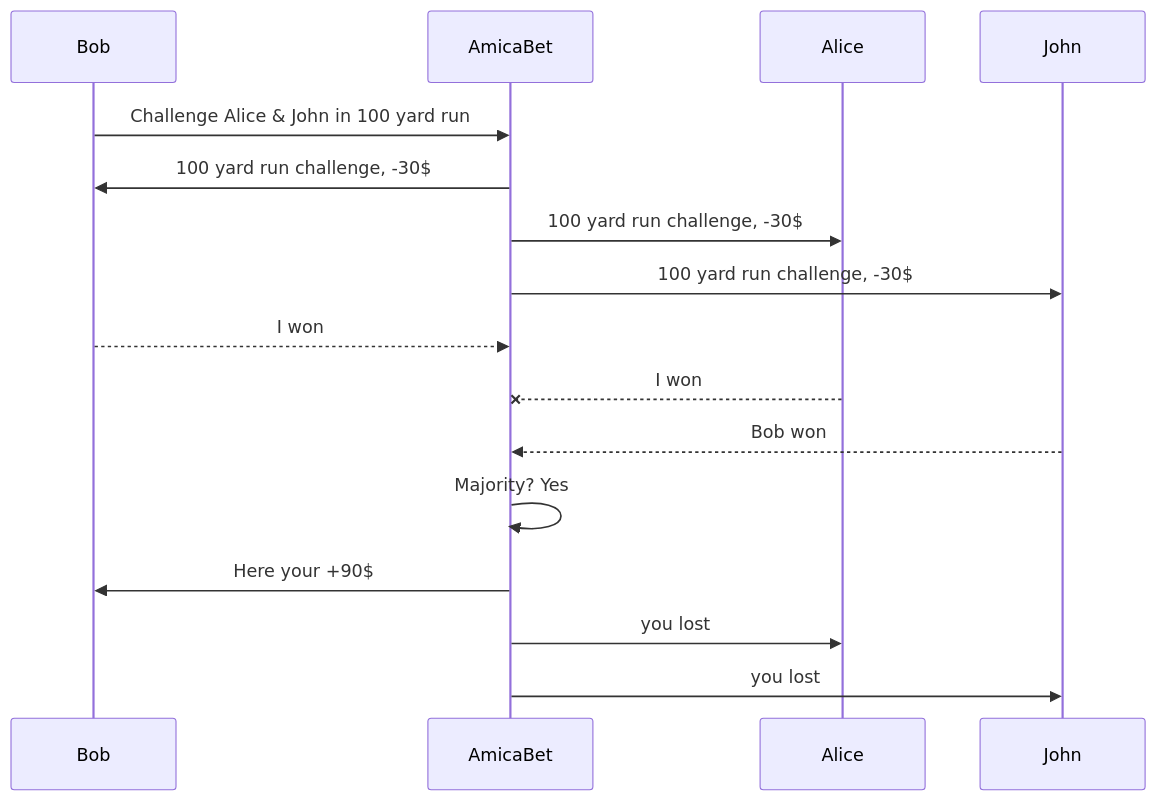
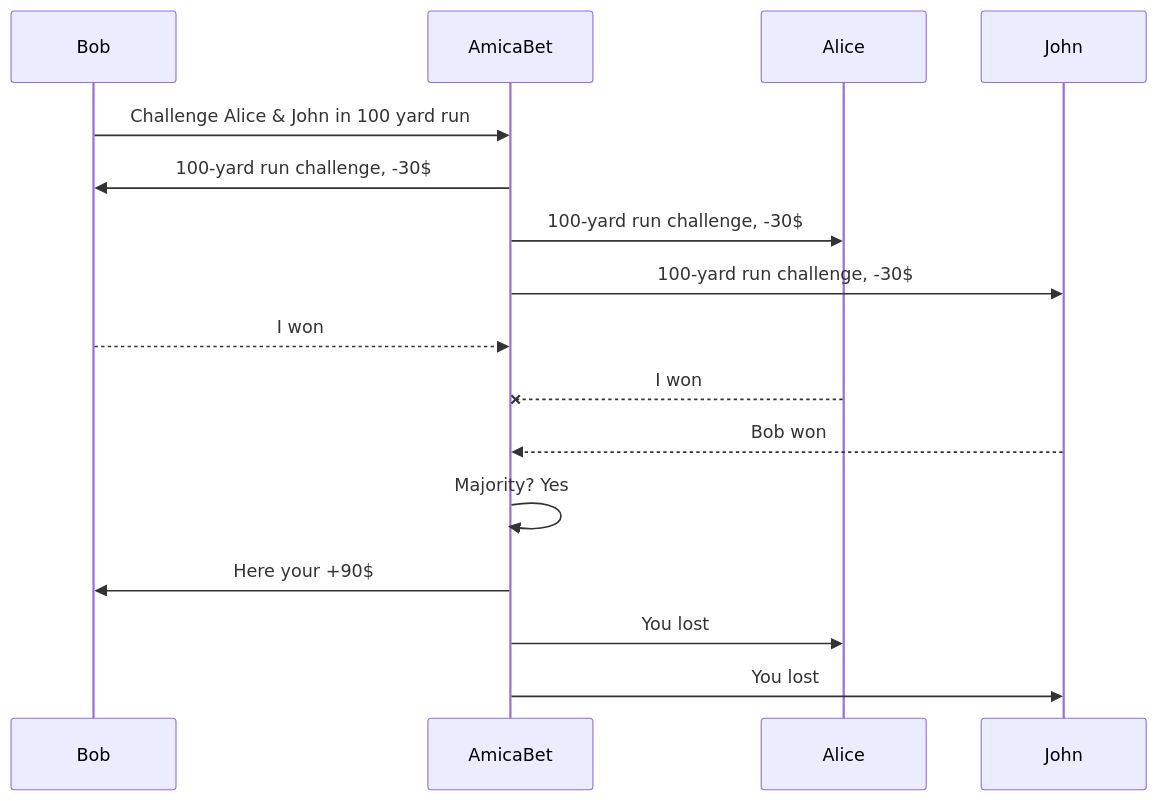
The first of 2 diagrams in README.md (TarasZhere/AmicaBet), drawn with Mermaid before and after one commit. The commit also changed other lines of this file and 5 other files, not shown here.

````diff
--- a/README.md
+++ b/README.md
@@ -68,14 +70,14 @@
 ```mermaid
 sequenceDiagram
 Bob ->> AmicaBet: Challenge Alice & John in 100 yard run
-AmicaBet ->> Bob: 100 yard run challenge, -30$
-AmicaBet ->> Alice: 100 yard run challenge, -30$
-AmicaBet ->> John: 100 yard run challenge, -30$
+AmicaBet ->> Bob: 100-yard run challenge, -30$
+AmicaBet ->> Alice: 100-yard run challenge, -30$
+AmicaBet ->> John: 100-yard run challenge, -30$
 Bob -->> AmicaBet: I won
 Alice --x AmicaBet: I won
 John -->> AmicaBet: Bob won
 AmicaBet ->> AmicaBet: Majority? Yes
 AmicaBet ->> Bob: Here your +90$
-AmicaBet ->> Alice: you lost
-AmicaBet ->> John: you lost
+AmicaBet ->> Alice: You lost
+AmicaBet ->> John: You lost
 ```
````
